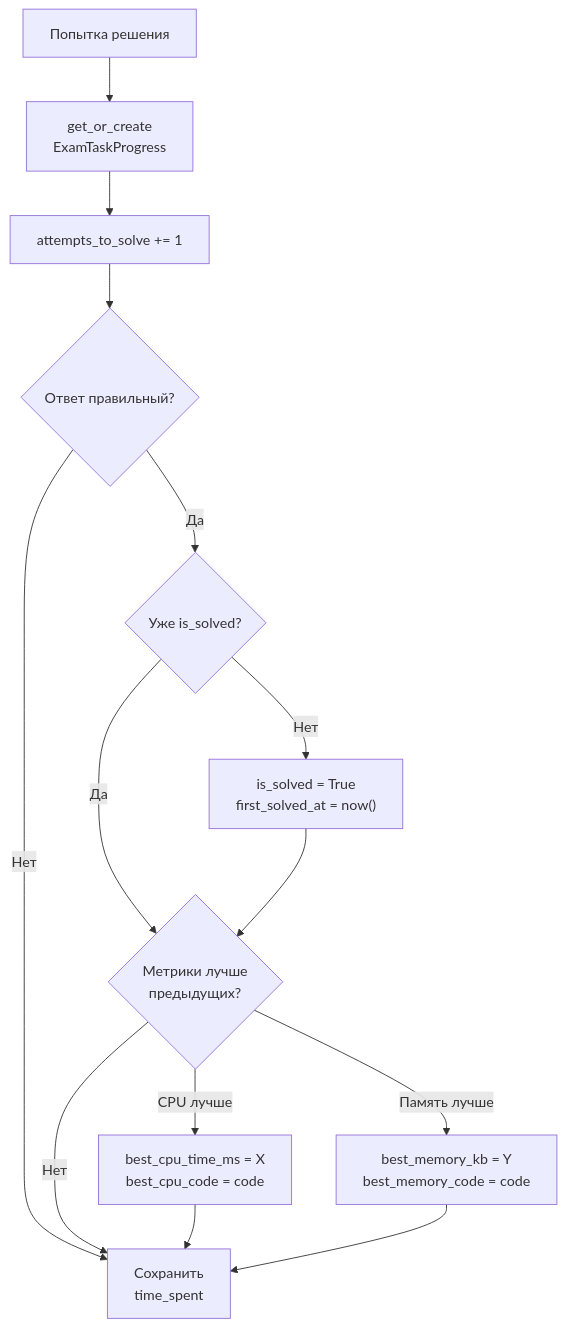
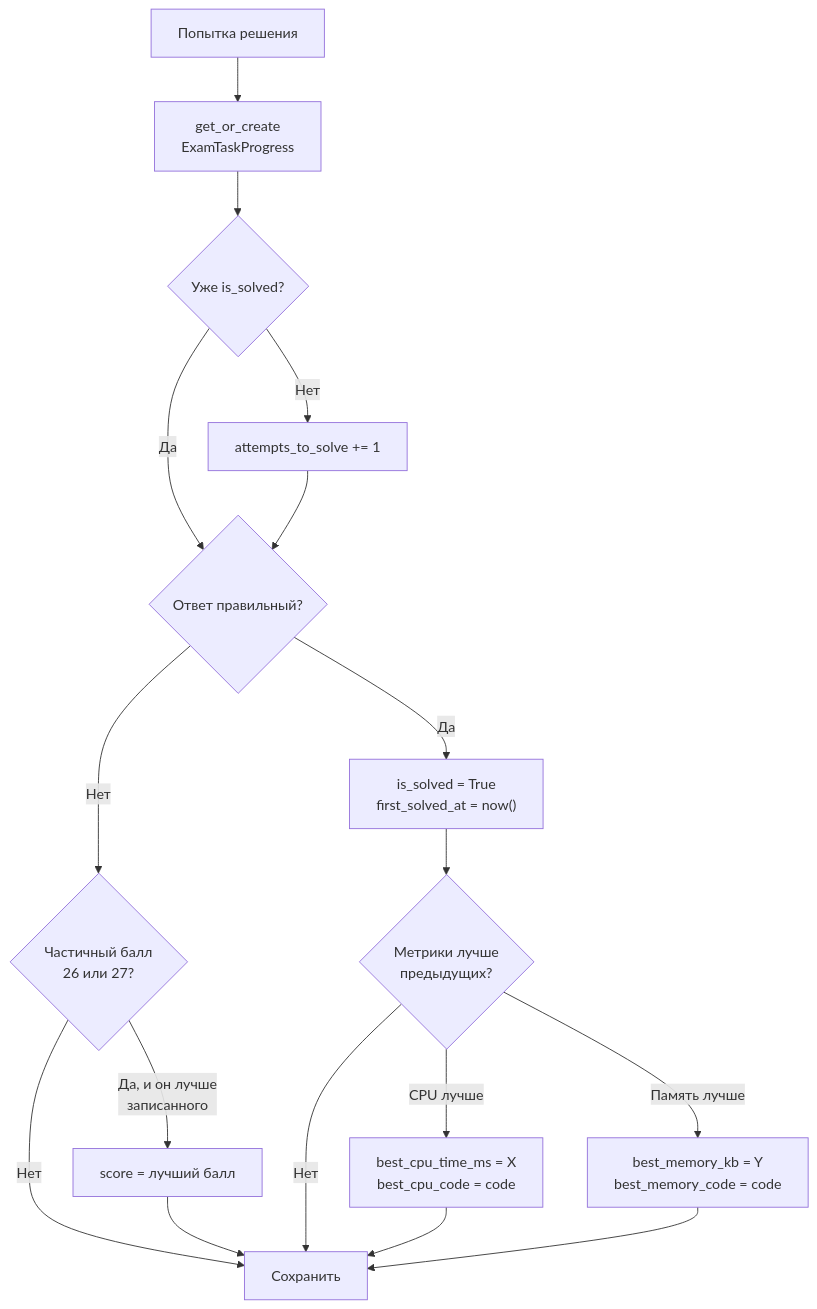
The third of 8 diagrams in docs/flows/ege-trainer.md (Kirill2517nv/SiteAboutMe), drawn with Mermaid before and after one commit. The commit also changed other lines of this file and 40 other files, not shown here.

````diff
--- a/docs/flows/ege-trainer.md
+++ b/docs/flows/ege-trainer.md
@@ -92,19 +92,22 @@
 ```mermaid
 flowchart TD
     ATTEMPT[Попытка решения] --> PROGRESS[get_or_create\nExamTaskProgress]
-    PROGRESS --> INC[attempts_to_solve += 1]
-    INC --> CORRECT{Ответ правильный?}
+    PROGRESS --> SOLVED{Уже is_solved?}
+    SOLVED -->|Нет| INC[attempts_to_solve += 1]
+    SOLVED -->|Да| CORRECT{Ответ правильный?}
+    INC --> CORRECT
 
-    CORRECT -->|Нет| SAVE[Сохранить\ntime_spent]
-    CORRECT -->|Да| SOLVED{Уже is_solved?}
+    CORRECT -->|Нет| PARTIAL{Частичный балл<br/>26 или 27?}
+    CORRECT -->|Да| MARK["is_solved = True\nfirst_solved_at = now()"]
 
-    SOLVED -->|Нет| MARK["is_solved = True\nfirst_solved_at = now()"]
-    SOLVED -->|Да| METRICS{Метрики лучше\nпредыдущих?}
+    PARTIAL -->|Да, и он лучше<br/>записанного| SCORE["score = лучший балл"]
+    PARTIAL -->|Нет| SAVE[Сохранить]
+    SCORE --> SAVE
 
-    MARK --> METRICS
+    MARK --> METRICS{Метрики лучше<br/>предыдущих?}
     METRICS -->|CPU лучше| BEST_CPU["best_cpu_time_ms = X\nbest_cpu_code = code"]
     METRICS -->|Память лучше| BEST_MEM["best_memory_kb = Y\nbest_memory_code = code"]
     METRICS -->|Нет| SAVE
     BEST_CPU --> SAVE
     BEST_MEM --> SAVE
 ```
````
